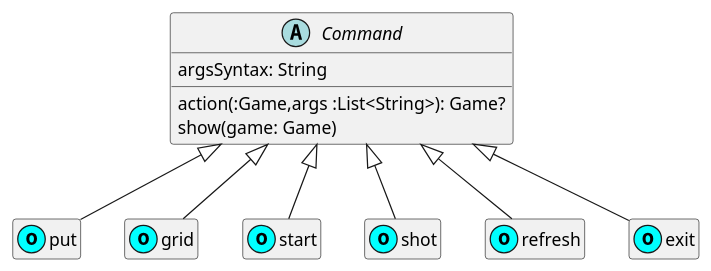
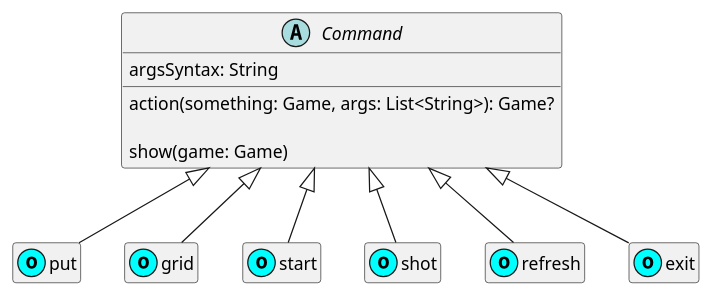
One commit to ISEL-STRESSES/Battleship changed the diagram in src/main/kotlin/battleship/PlantUMLs/model/Commands.puml. Above: the diagram before and after it, drawn with PlantUML. The commit also changed 20 other files, not shown here.

```diff
--- a/src/main/kotlin/battleship/PlantUMLs/model/Commands.puml
+++ b/src/main/kotlin/battleship/PlantUMLs/model/Commands.puml
@@ -1,18 +1,24 @@
 @startuml
 
 hide empty members
 
 abstract class Command {
   argsSyntax: String
-  action(:Game,args :List<String>): Game?
+  action(something: Game, args: List<String>): Game?
+
   show(game: Game)
 }
 
 class put << (o,cyan) >> extends Command
+
 class grid << (o,cyan) >> extends Command
+
 class start << (o,cyan) >> extends Command
+
 class shot << (o,cyan) >> extends Command
+
 class refresh << (o,cyan) >> extends Command
+
 class exit << (o,cyan) >> extends Command
 
 @enduml
```
